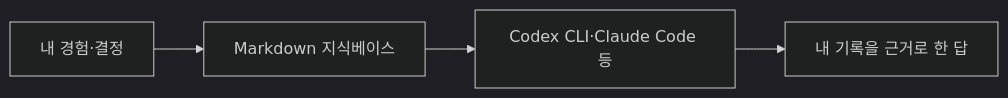
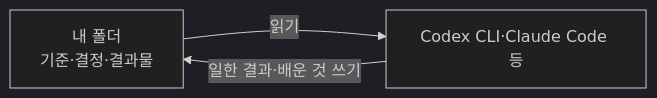
Before and after one commit to sunwon12/vibe-coding-curriculum: the first of 2 diagrams in 04_AI_스텝/AI01-지식베이스-깔고-AI와-연결하기.md, drawn with Mermaid (dark theme). The commit also changed other lines of this file and 1 other file, not shown here.

Commit message:
docs: 웹 ChatGPT와의 차이를 맥락 소유와 손발 두 문장으로 정리

````diff
--- a/04_AI_스텝/AI01-지식베이스-깔고-AI와-연결하기.md
+++ b/04_AI_스텝/AI01-지식베이스-깔고-AI와-연결하기.md
@@ -22,6 +22,5 @@
 ```mermaid
 flowchart LR
-  A["내 경험·결정"] --> B["Markdown 지식베이스"]
-  B --> C["Codex CLI·Claude Code 등"]
-  C --> D["내 기록을 근거로 한 답"]
+  A["내 폴더<br/>기준·결정·결과물"] -->|읽기| B["Codex CLI·Claude Code 등"]
+  B -->|일한 결과·배운 것 쓰기| A
 ```
````
